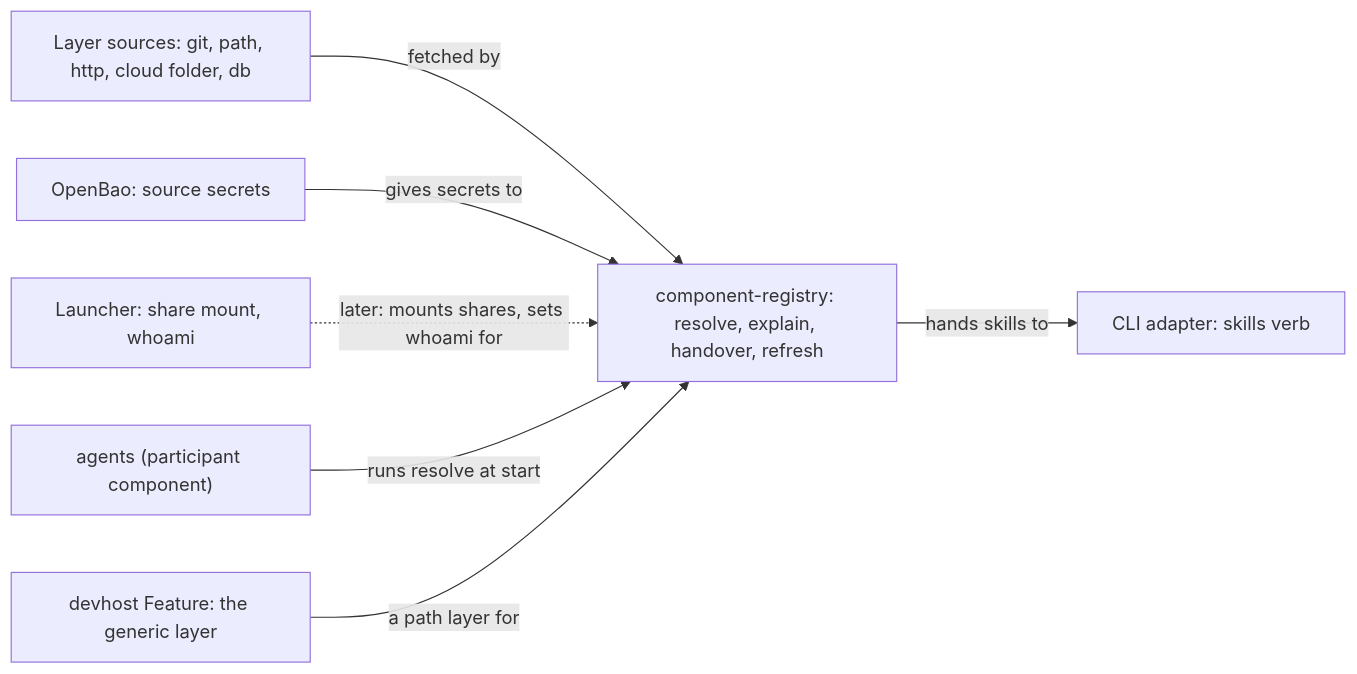
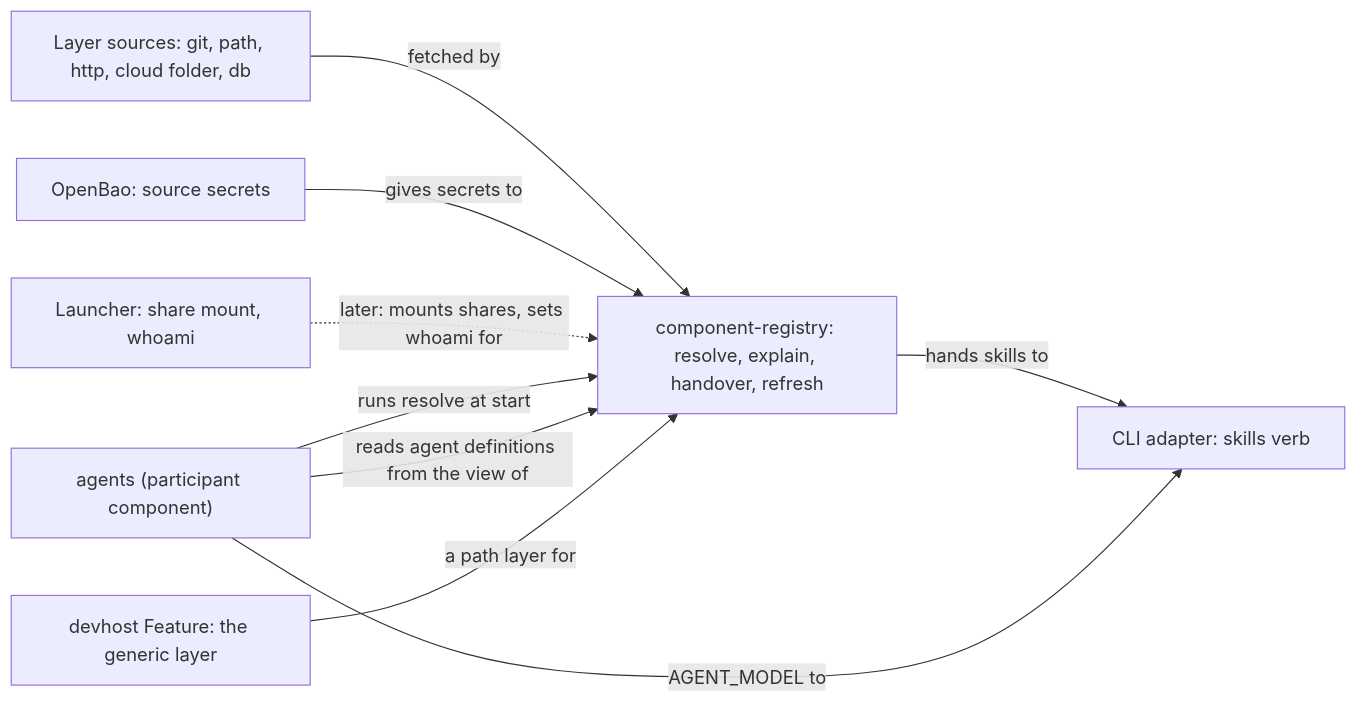
One commit to nabil-becker/devcontainer-features changed the second of 2 diagrams in docs/model/c4-container.md. Above: the diagram before and after it, drawn with Mermaid. The commit also changed other lines of this file and 49 other files, not shown here.

First line of the commit message:
feat(component-registry): agent definitions, the second component kind (component-registry 1.6.0, participant 1.3.0, claude-code 1.13.0, agents 2.5.0, copilot 0.2.0; component-registry-agent-definitions) (#218)

````diff
--- a/docs/model/c4-container.md
+++ b/docs/model/c4-container.md
@@ -54,15 +59,17 @@
 ```mermaid
 flowchart LR
   component-registry["component-registry: resolve, explain, handover, refresh"]
   participant-component["agents (participant component)"]
   cli-adapter["CLI adapter: skills verb"]
   launcher["Launcher: share mount, whoami"]
   master-of-secrets["OpenBao: source secrets"]
   external-sources["Layer sources: git, path, http, cloud folder, db"]
   external-sources -->|fetched by| component-registry
   master-of-secrets -->|gives secrets to| component-registry
   launcher -.->|later: mounts shares, sets whoami for| component-registry
   participant-component -->|runs resolve at start| component-registry
   component-registry -->|hands skills to| cli-adapter
+  participant-component -->|reads agent definitions from the view of| component-registry
+  participant-component -->|AGENT_MODEL to| cli-adapter
   devhost["devhost Feature: the generic layer"] -->|a path layer for| component-registry
 ```
````
